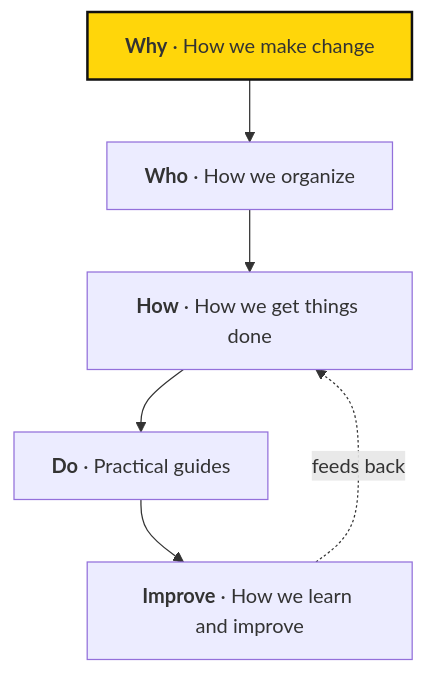
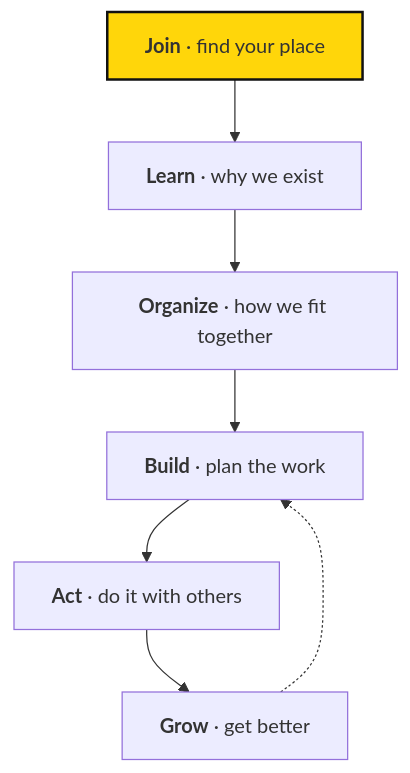
Before and after one commit to Sapiens-First/Docs: the diagram in docs/guide/index.md, drawn with Mermaid. The commit also changed other lines of this file and 27 other files, not shown here.

````diff
--- a/docs/guide/index.md
+++ b/docs/guide/index.md
@@ -33,8 +33,8 @@
 ```mermaid
 flowchart TB
-  S["<b>Why</b> · How we make change"] --> O["<b>Who</b> · How we organize"] --> W["<b>How</b> · How we get things done"]
-  W --> P["<b>Do</b> · Practical guides"] --> L["<b>Improve</b> · How we learn and improve"]
-  L -. feeds back .-> W
+  J["<b>Join</b> · find your place"] --> L["<b>Learn</b> · why we exist"] --> O["<b>Organize</b> · how we fit together"]
+  O --> B["<b>Build</b> · plan the work"] --> A["<b>Act</b> · do it with others"] --> G["<b>Grow</b> · get better"]
+  G -.-> B
   classDef accent fill:#ffd60a,stroke:#111,stroke-width:2px
-  class S accent
+  class J accent
 ```
````
